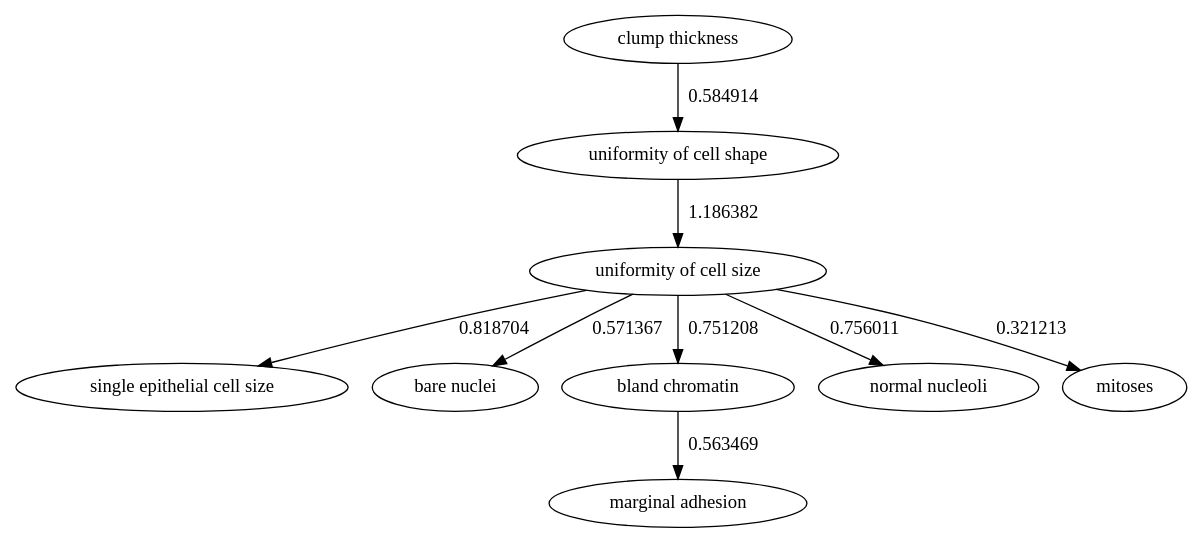
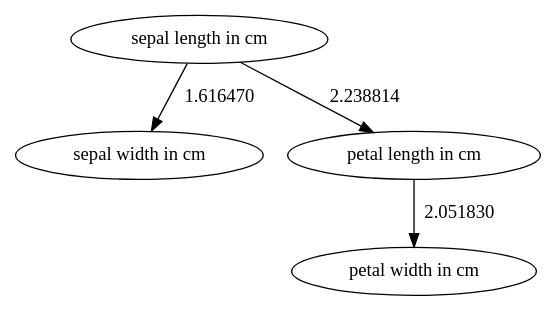
The diagram in src/CSCI446_Project3_MachineLearning/mst.dot (byrdie/CSCI446_Artificial_Intelligence_Project3_MachineLearning), drawn with Graphviz before and after one commit. The commit also changed 9 other files, not shown here.

```diff
--- a/src/CSCI446_Project3_MachineLearning/mst.dot
+++ b/src/CSCI446_Project3_MachineLearning/mst.dot
@@ -1,19 +1,9 @@
 digraph {
-clumpthickness[label="clump thickness"]
-uniformityofcellsize[label="uniformity of cell size"]
-uniformityofcellshape[label="uniformity of cell shape"]
-marginaladhesion[label="marginal adhesion"]
-singleepithelialcellsize[label="single epithelial cell size"]
-barenuclei[label="bare nuclei"]
-blandchromatin[label="bland chromatin"]
-normalnucleoli[label="normal nucleoli"]
-mitoses[label="mitoses"]
-uniformityofcellshape->uniformityofcellsize[label="1.186382"]
-uniformityofcellsize->singleepithelialcellsize[label="0.818704"]
-uniformityofcellsize->normalnucleoli[label="0.756011"]
-uniformityofcellsize->blandchromatin[label="0.751208"]
-clumpthickness->uniformityofcellshape[label="0.584914"]
-uniformityofcellsize->barenuclei[label="0.571367"]
-blandchromatin->marginaladhesion[label="0.563469"]
-uniformityofcellsize->mitoses[label="0.321213"]
+sepallengthincm[label="sepal length in cm"]
+sepalwidthincm[label="sepal width in cm"]
+petallengthincm[label="petal length in cm"]
+petalwidthincm[label="petal width in cm"]
+sepallengthincm->petallengthincm[label="2.238814"]
+petallengthincm->petalwidthincm[label="2.051830"]
+sepallengthincm->sepalwidthincm[label="1.616470"]
 }
```
